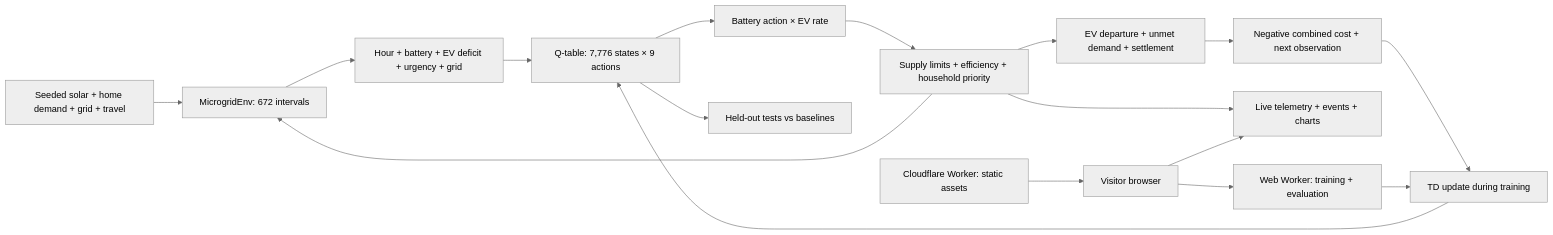
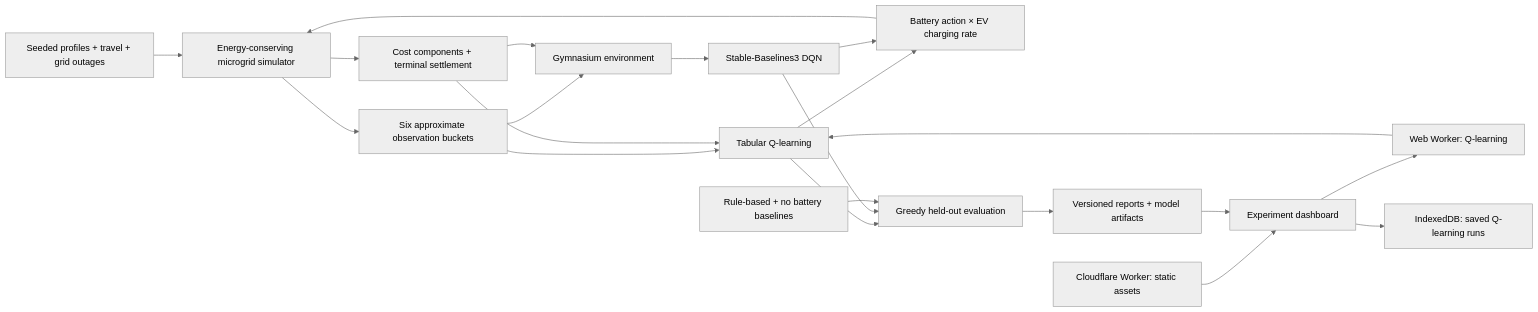
The diagram in README.md (Arshdeep54/volt-lab), drawn with Mermaid (neutral theme) before and after one commit. The commit also changed other lines of this file and 4 other files, not shown here.

Commit message:
document architecture experiments and reproducible project setup

````diff
--- a/README.md
+++ b/README.md
@@ -38,19 +88,23 @@
 ```mermaid
 flowchart LR
-    Scenario[Seeded solar + home demand + grid + travel] --> Environment[MicrogridEnv: 672 intervals]
-    Environment --> Observation[Hour + battery + EV deficit + urgency + grid]
-    Observation --> Policy[Q-table: 7,776 states × 9 actions]
-    Policy --> JointAction[Battery action × EV rate]
-    JointAction --> Physics[Supply limits + efficiency + household priority]
-    Physics --> Deadlines[EV departure + unmet demand + settlement]
-    Deadlines --> Reward[Negative combined cost + next observation]
-    Reward --> Learning[TD update during training]
-    Learning --> Policy
-    Physics --> Environment
-    Physics --> Dashboard[Live telemetry + events + charts]
-    Policy --> Evaluation[Held-out tests vs baselines]
-    Cloudflare[Cloudflare Worker: static assets] --> Browser[Visitor browser]
-    Browser --> Dashboard
-    Browser --> Trainer[Web Worker: training + evaluation]
-    Trainer --> Learning
+    Scenario[Seeded profiles + travel + grid outages] --> Physics[Energy-conserving microgrid simulator]
+    Physics --> Observation[Six approximate observation buckets]
+    Observation --> Q[Tabular Q-learning]
+    Observation --> Gym[Gymnasium environment]
+    Gym --> DQN[Stable-Baselines3 DQN]
+    Q --> Joint[Battery action × EV charging rate]
+    DQN --> Joint
+    Joint --> Physics
+    Physics --> Reward[Cost components + terminal settlement]
+    Reward --> Q
+    Reward --> Gym
+    Q --> Evaluation[Greedy held-out evaluation]
+    DQN --> Evaluation
+    Rules[Rule-based + no battery baselines] --> Evaluation
+    Evaluation --> Reports[Versioned reports + model artifacts]
+    Cloudflare[Cloudflare Worker: static assets] --> Browser[Experiment dashboard]
+    Reports --> Browser
+    Browser --> Worker[Web Worker: Q-learning]
+    Worker --> Q
+    Browser --> Storage[IndexedDB: saved Q-learning runs]
 ```
````
